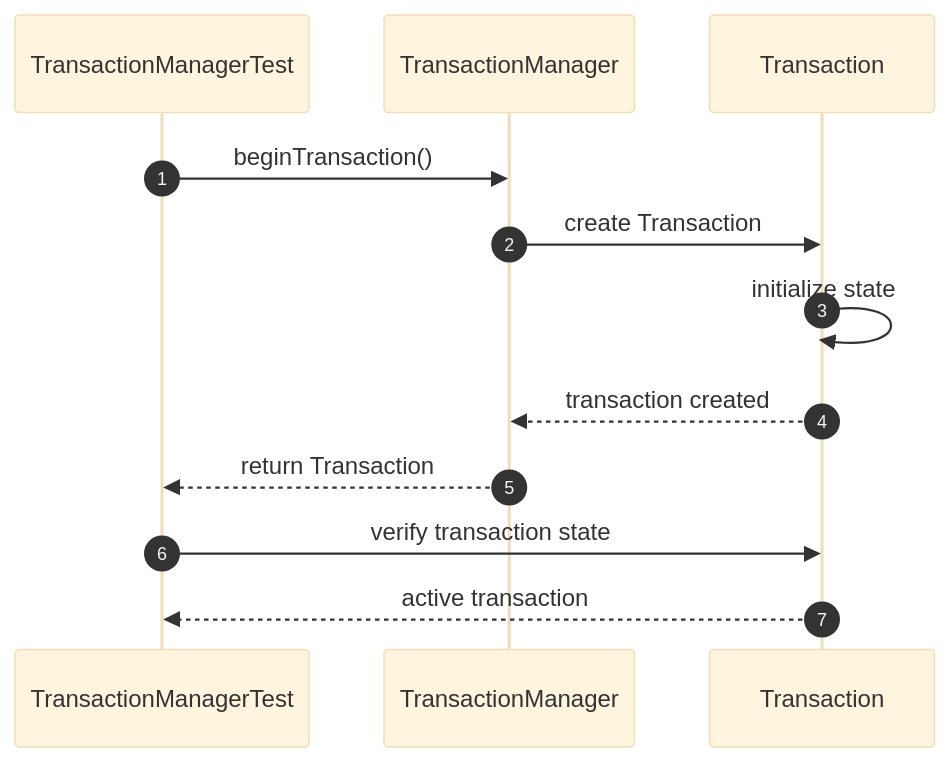
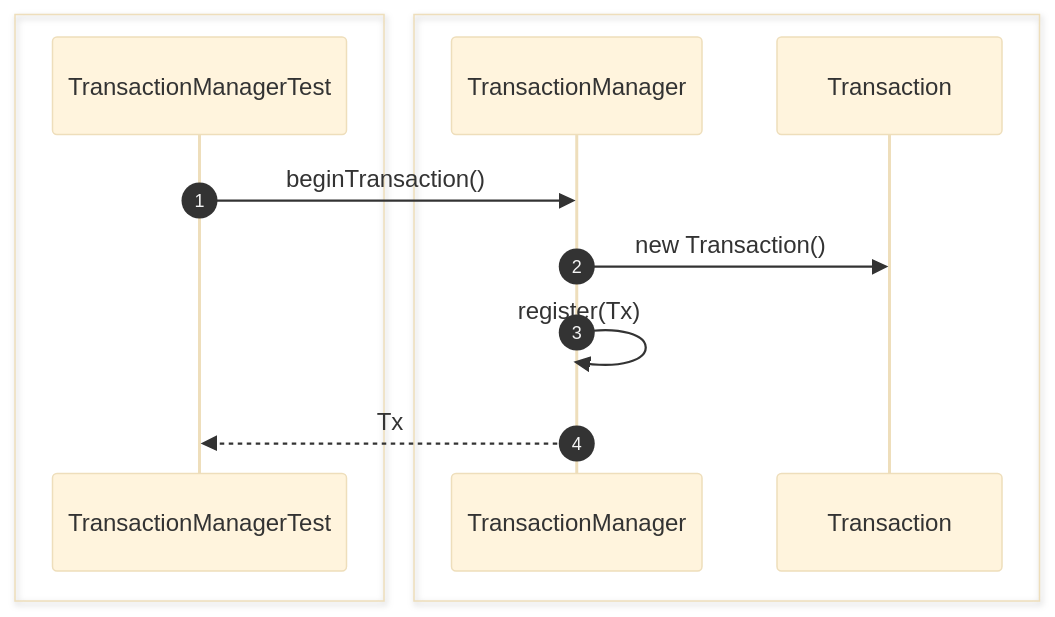
Before and after one commit to Huy1801214/dbms-architecture: the first of 54 diagrams in src/sequence/transaction.md, drawn with Mermaid (base theme). The commit also changed other lines of this file and 10 other files, not shown here.

Commit message:
add comprehensive sequence diagrams and documentation for system architecture and unit testing specifications

````diff
--- a/src/sequence/transaction.md
+++ b/src/sequence/transaction.md
@@ -6,22 +6,17 @@
 ```mermaid
 sequenceDiagram
     autonumber
 
+    box #e1f5fe Test Suite
     participant Test as TransactionManagerTest
+    end
+    box #ffebee Transaction Components
     participant Manager as TransactionManager
     participant Tx as Transaction
+    end
 
     Test->>Manager: beginTransaction()
-
-    Manager->>Tx: create Transaction
-
-    Tx->>Tx: initialize state
-
-    Tx-->>Manager: transaction created
-
-    Manager-->>Test: return Transaction
-
-    Test->>Tx: verify transaction state
-
-    Tx-->>Test: active transaction
+    Manager->>Tx: new Transaction()
+    Manager->>Manager: register(Tx)
+    Manager-->>Test: Tx
 ```
````
